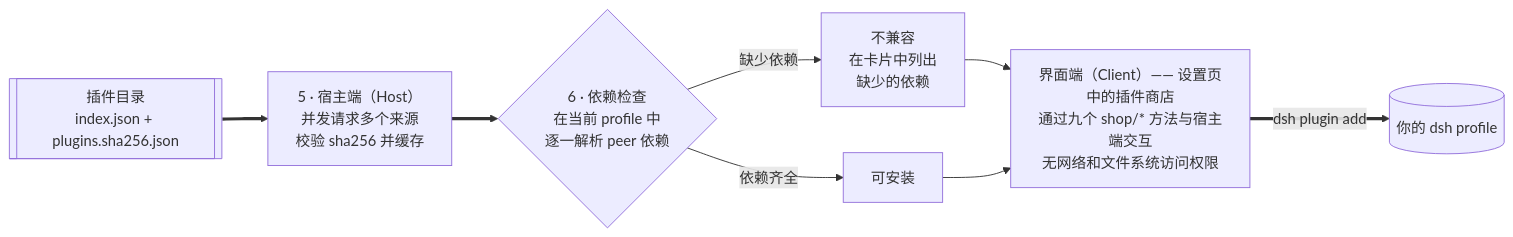
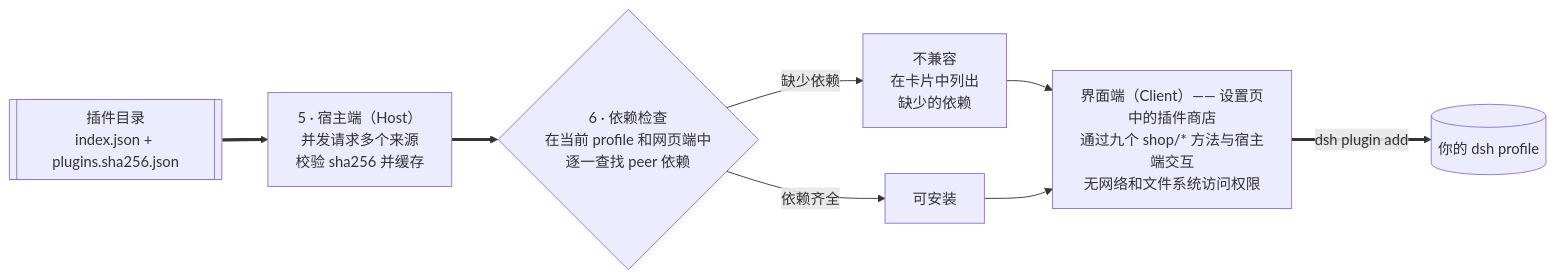
Before and after one commit to LivXue/dsh-plugin-shop: the second of 2 diagrams in README.zh.md, drawn with Mermaid. The commit also changed other lines of this file and 6 other files, not shown here.

````diff
--- a/README.zh.md
+++ b/README.zh.md
@@ -143,11 +144,11 @@
 ```mermaid
 flowchart LR
   CAT[["插件目录<br/>index.json + plugins.sha256.json"]]
   CAT ==> HOST["5 · 宿主端（Host）<br/>并发请求多个来源<br/>校验 sha256 并缓存"]
-  HOST ==> DEP{"6 · 依赖检查<br/>在当前 profile 中<br/>逐一解析 peer 依赖"}
+  HOST ==> DEP{"6 · 依赖检查<br/>在当前 profile 和网页端中<br/>逐一查找 peer 依赖"}
   DEP -->|"缺少依赖"| BAD["不兼容<br/>在卡片中列出<br/>缺少的依赖"]
   DEP -->|"依赖齐全"| GOOD["可安装"]
   BAD --> CLIENT["界面端（Client）—— 设置页中的插件商店<br/>通过九个 shop/* 方法与宿主端交互<br/>无网络和文件系统访问权限"]
   GOOD --> CLIENT
   CLIENT ==>|"dsh plugin add"| PROF[("你的 dsh profile")]
 ```
````
